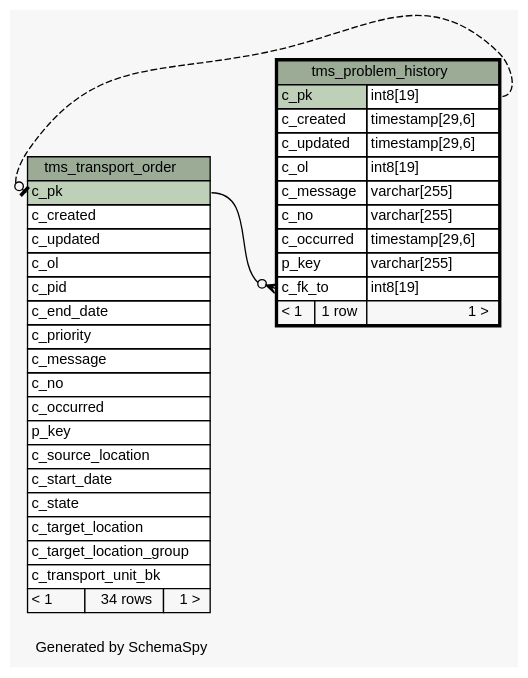
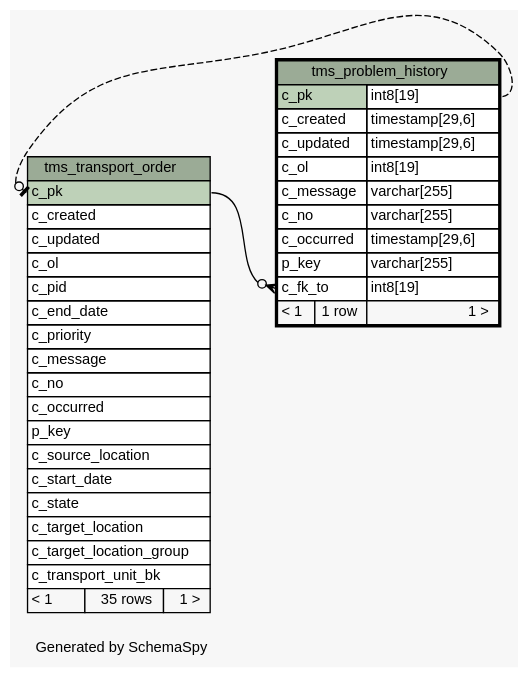
The diagram in 1.4.0-SNAPSHOT/schemaspy/diagrams/tms_problem_history.implied2degrees.dot (openwms/org.openwms.tms.transportation), drawn with Graphviz before and after one commit. The commit also changed 303 other files, not shown here.

```diff
--- a/1.4.0-SNAPSHOT/schemaspy/diagrams/tms_problem_history.implied2degrees.dot
+++ b/1.4.0-SNAPSHOT/schemaspy/diagrams/tms_problem_history.implied2degrees.dot
@@ -1,68 +1,68 @@
 // dot 2.36.0 on Linux 4.4.0-101-generic
 // SchemaSpy rev Unknown
 digraph "impliedTwoDegreesRelationshipsDiagram" {
   graph [
     rankdir="RL"
     bgcolor="#f7f7f7"
     label="\nGenerated by SchemaSpy"
     labeljust="l"
     nodesep="0.18"
     ranksep="0.46"
     fontname="Helvetica"
     fontsize="11"
   ];
   node [
     fontname="Helvetica"
     fontsize="11"
     shape="plaintext"
   ];
   edge [
     arrowsize="0.8"
   ];
   "tms_problem_history":"c_fk_to":w -> "tms_transport_order":"c_pk":e [arrowhead=none dir=back arrowtail=crowodot];
   "tms_transport_order":"c_pk":w -> "tms_problem_history":"c_pk.type":e [arrowhead=none dir=back arrowtail=teeodot style=dashed];
   "tms_problem_history" [
     label=<
     <TABLE BORDER="2" CELLBORDER="1" CELLSPACING="0" BGCOLOR="#ffffff">
       <TR><TD COLSPAN="3" BGCOLOR="#9bab96" ALIGN="CENTER">tms_problem_history</TD></TR>
       <TR><TD PORT="c_pk" COLSPAN="2" BGCOLOR="#bed1b8" ALIGN="LEFT">c_pk</TD><TD PORT="c_pk.type" ALIGN="LEFT">int8[19]</TD></TR>
       <TR><TD PORT="c_created" COLSPAN="2" ALIGN="LEFT">c_created</TD><TD PORT="c_created.type" ALIGN="LEFT">timestamp[29,6]</TD></TR>
       <TR><TD PORT="c_updated" COLSPAN="2" ALIGN="LEFT">c_updated</TD><TD PORT="c_updated.type" ALIGN="LEFT">timestamp[29,6]</TD></TR>
       <TR><TD PORT="c_ol" COLSPAN="2" ALIGN="LEFT">c_ol</TD><TD PORT="c_ol.type" ALIGN="LEFT">int8[19]</TD></TR>
       <TR><TD PORT="c_message" COLSPAN="2" ALIGN="LEFT">c_message</TD><TD PORT="c_message.type" ALIGN="LEFT">varchar[255]</TD></TR>
       <TR><TD PORT="c_no" COLSPAN="2" ALIGN="LEFT">c_no</TD><TD PORT="c_no.type" ALIGN="LEFT">varchar[255]</TD></TR>
       <TR><TD PORT="c_occurred" COLSPAN="2" ALIGN="LEFT">c_occurred</TD><TD PORT="c_occurred.type" ALIGN="LEFT">timestamp[29,6]</TD></TR>
       <TR><TD PORT="p_key" COLSPAN="2" ALIGN="LEFT">p_key</TD><TD PORT="p_key.type" ALIGN="LEFT">varchar[255]</TD></TR>
       <TR><TD PORT="c_fk_to" COLSPAN="2" ALIGN="LEFT">c_fk_to</TD><TD PORT="c_fk_to.type" ALIGN="LEFT">int8[19]</TD></TR>
       <TR><TD ALIGN="LEFT" BGCOLOR="#f7f7f7">&lt; 1</TD><TD ALIGN="RIGHT" BGCOLOR="#f7f7f7">1 row</TD><TD ALIGN="RIGHT" BGCOLOR="#f7f7f7">1 &gt;</TD></TR>
     </TABLE>>
     URL="tms_problem_history.html"
     tooltip="tms_problem_history"
   ];
   "tms_transport_order" [
     label=<
     <TABLE BORDER="0" CELLBORDER="1" CELLSPACING="0" BGCOLOR="#ffffff">
       <TR><TD COLSPAN="3" BGCOLOR="#9bab96" ALIGN="CENTER">tms_transport_order</TD></TR>
       <TR><TD PORT="c_pk" COLSPAN="3" BGCOLOR="#bed1b8" ALIGN="LEFT">c_pk</TD></TR>
       <TR><TD PORT="c_created" COLSPAN="3" ALIGN="LEFT">c_created</TD></TR>
       <TR><TD PORT="c_updated" COLSPAN="3" ALIGN="LEFT">c_updated</TD></TR>
       <TR><TD PORT="c_ol" COLSPAN="3" ALIGN="LEFT">c_ol</TD></TR>
       <TR><TD PORT="c_pid" COLSPAN="3" ALIGN="LEFT">c_pid</TD></TR>
       <TR><TD PORT="c_end_date" COLSPAN="3" ALIGN="LEFT">c_end_date</TD></TR>
       <TR><TD PORT="c_priority" COLSPAN="3" ALIGN="LEFT">c_priority</TD></TR>
       <TR><TD PORT="c_message" COLSPAN="3" ALIGN="LEFT">c_message</TD></TR>
       <TR><TD PORT="c_no" COLSPAN="3" ALIGN="LEFT">c_no</TD></TR>
       <TR><TD PORT="c_occurred" COLSPAN="3" ALIGN="LEFT">c_occurred</TD></TR>
       <TR><TD PORT="p_key" COLSPAN="3" ALIGN="LEFT">p_key</TD></TR>
       <TR><TD PORT="c_source_location" COLSPAN="3" ALIGN="LEFT">c_source_location</TD></TR>
       <TR><TD PORT="c_start_date" COLSPAN="3" ALIGN="LEFT">c_start_date</TD></TR>
       <TR><TD PORT="c_state" COLSPAN="3" ALIGN="LEFT">c_state</TD></TR>
       <TR><TD PORT="c_target_location" COLSPAN="3" ALIGN="LEFT">c_target_location</TD></TR>
       <TR><TD PORT="c_target_location_group" COLSPAN="3" ALIGN="LEFT">c_target_location_group</TD></TR>
       <TR><TD PORT="c_transport_unit_bk" COLSPAN="3" ALIGN="LEFT">c_transport_unit_bk</TD></TR>
-      <TR><TD ALIGN="LEFT" BGCOLOR="#f7f7f7">&lt; 1</TD><TD ALIGN="RIGHT" BGCOLOR="#f7f7f7">34 rows</TD><TD ALIGN="RIGHT" BGCOLOR="#f7f7f7">1 &gt;</TD></TR>
+      <TR><TD ALIGN="LEFT" BGCOLOR="#f7f7f7">&lt; 1</TD><TD ALIGN="RIGHT" BGCOLOR="#f7f7f7">35 rows</TD><TD ALIGN="RIGHT" BGCOLOR="#f7f7f7">1 &gt;</TD></TR>
     </TABLE>>
     URL="tms_transport_order.html"
     tooltip="tms_transport_order"
   ];
 }
```
